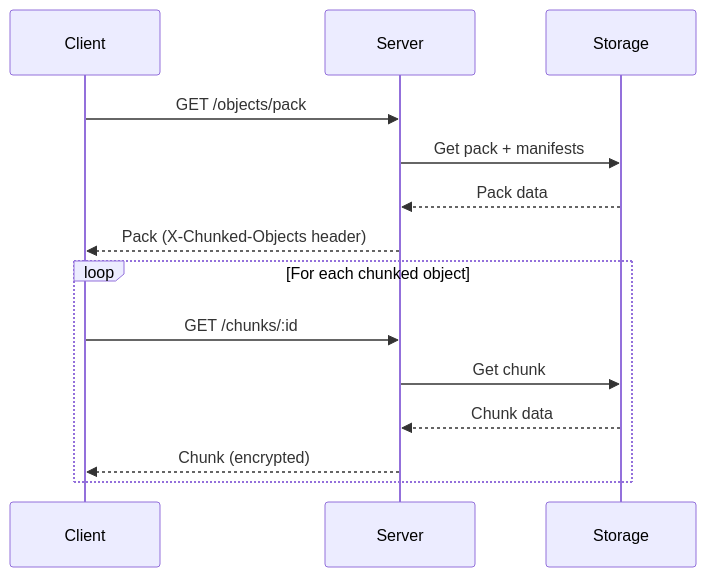
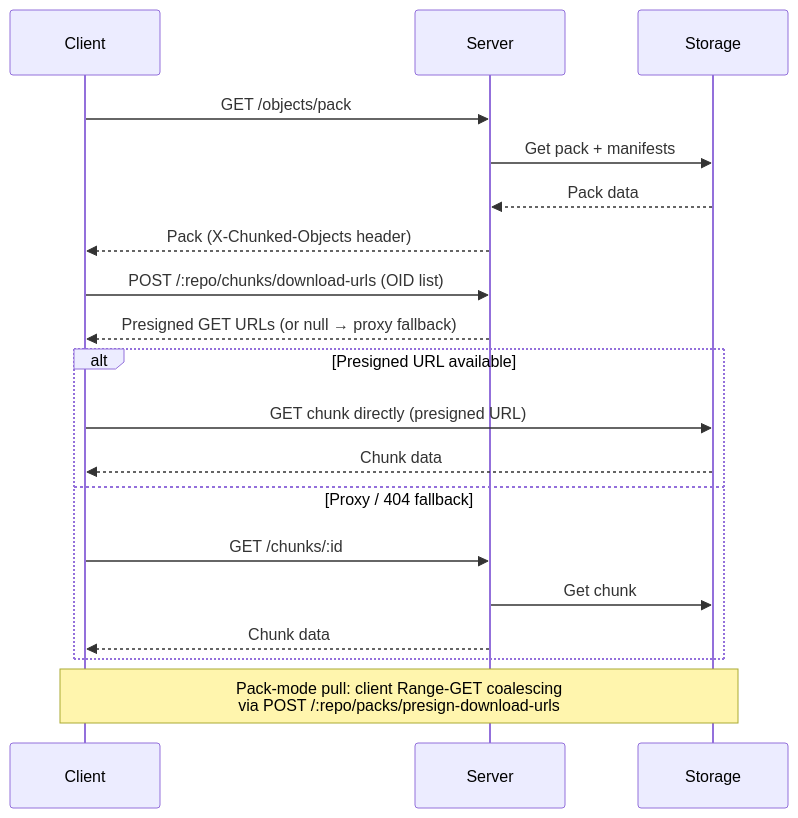
Before and after one commit to winnyboy5/mediagit-core: the eighth of 10 diagrams in CLOUD_ARCHITECTURE.md, drawn with Mermaid. The commit also changed other lines of this file and 50 other files, not shown here.

````diff
--- a/CLOUD_ARCHITECTURE.md
+++ b/CLOUD_ARCHITECTURE.md
@@ -281,18 +294,25 @@
 ```mermaid
 sequenceDiagram
     participant Client
     participant Server
     participant Storage
-    
+
     Client->>Server: GET /objects/pack
     Server->>Storage: Get pack + manifests
     Storage-->>Server: Pack data
     Server-->>Client: Pack (X-Chunked-Objects header)
-    
-    loop For each chunked object
+
+    Client->>Server: POST /:repo/chunks/download-urls (OID list)
+    Server-->>Client: Presigned GET URLs (or null → proxy fallback)
+
+    alt Presigned URL available
+        Client->>Storage: GET chunk directly (presigned URL)
+        Storage-->>Client: Chunk data
+    else Proxy / 404 fallback
         Client->>Server: GET /chunks/:id
         Server->>Storage: Get chunk
-        Storage-->>Server: Chunk data
-        Server-->>Client: Chunk (encrypted)
+        Server-->>Client: Chunk data
     end
+
+    Note over Client,Storage: Pack-mode pull: client Range-GET coalescing<br/>via POST /:repo/packs/presign-download-urls
 ```
````
